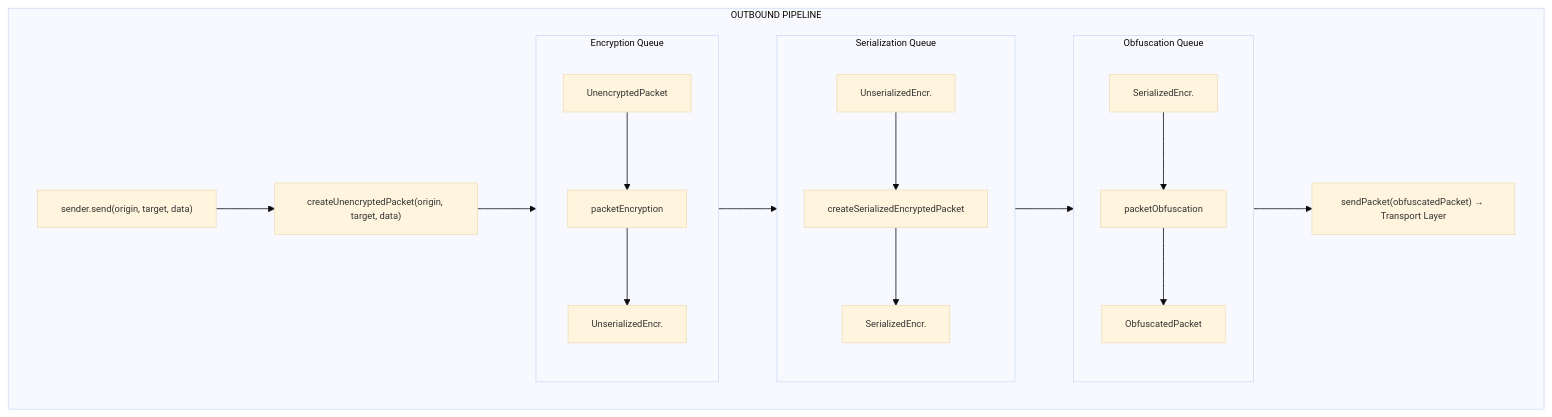
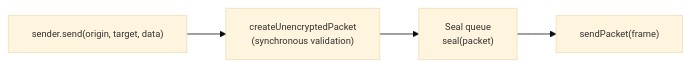
The diagram in libs/network-protocol/src/lib/sender/README.md (AndrewRedican/hyperfrontend), drawn with Mermaid before and after one commit. The commit also changed other lines of this file and 28 other files, not shown here.

````diff
--- a/libs/network-protocol/src/lib/sender/README.md
+++ b/libs/network-protocol/src/lib/sender/README.md
@@ -145,42 +93,12 @@
 ```mermaid
 ---
 config:
   theme: base
   themeVariables:
     fontSize: 12px
 ---
-flowchart TB
-    subgraph OutboundPipeline["OUTBOUND PIPELINE"]
-        Send["sender.send(origin, target, data)"]
-        CreatePkt["createUnencryptedPacket(origin, target, data)"]
-
-        subgraph EncQueue["Encryption Queue"]
-            Enc1["UnencryptedPacket"]
-            EncAction["packetEncryption"]
-            Enc2["UnserializedEncr."]
-            Enc1 --> EncAction --> Enc2
-        end
-
-        subgraph SerQueue["Serialization Queue"]
-            Ser1["UnserializedEncr."]
-            SerAction["createSerializedEncryptedPacket"]
-            Ser2["SerializedEncr."]
-            Ser1 --> SerAction --> Ser2
-        end
-
-        subgraph ObfQueue["Obfuscation Queue"]
-            Obf1["SerializedEncr."]
-            ObfAction["packetObfuscation"]
-            Obf2["ObfuscatedPacket"]
-            Obf1 --> ObfAction --> Obf2
-        end
-
-        Transport["sendPacket(obfuscatedPacket) → Transport Layer"]
-
-        Send --> CreatePkt
-        CreatePkt --> EncQueue
-        EncQueue --> SerQueue
-        SerQueue --> ObfQueue
-        ObfQueue --> Transport
-    end
+flowchart LR
+    Send["sender.send(origin, target, data)"] --> Build["createUnencryptedPacket<br/>(synchronous validation)"]
+    Build --> Queue["Seal queue<br/>seal(packet)"]
+    Queue --> Transport["sendPacket(frame)"]
 ```
````
